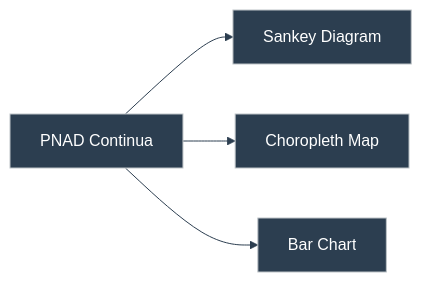
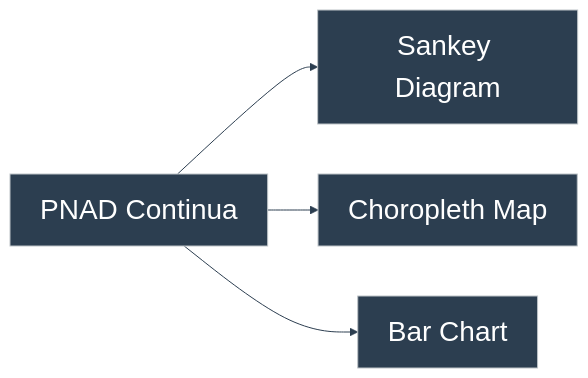
One commit to duducm2/my-personal-repo changed the seventh of 15 diagrams in portfolio/mermaid/diagrams.md. Above: the diagram before and after it, drawn with Mermaid. The commit also changed other lines of this file and 47 other files, not shown here.

````diff
--- a/portfolio/mermaid/diagrams.md
+++ b/portfolio/mermaid/diagrams.md
@@ -155,11 +157,11 @@
 ```mermaid
-%%{init: {'theme': 'base', 'themeVariables': { 'primaryColor': '#2c3e50', 'primaryTextColor': '#fff', 'primaryBorderColor': '#bdc3c7', 'lineColor': '#2c3e50', 'fontFamily': 'Lato'}}}%%
+%%{init: {'theme': 'base', 'themeVariables': { 'primaryColor': '#2c3e50', 'primaryTextColor': '#fff', 'primaryBorderColor': '#bdc3c7', 'lineColor': '#2c3e50', 'fontFamily': 'Lato', 'fontSize': '28px'}}}%%
 flowchart LR
   PNAD["PNAD Continua"]
   Sankey["Sankey Diagram"]
   Choropleth["Choropleth Map"]
   Faceted["Bar Chart"]
   PNAD --> Sankey
   PNAD --> Choropleth
   PNAD --> Faceted
 ```
````
